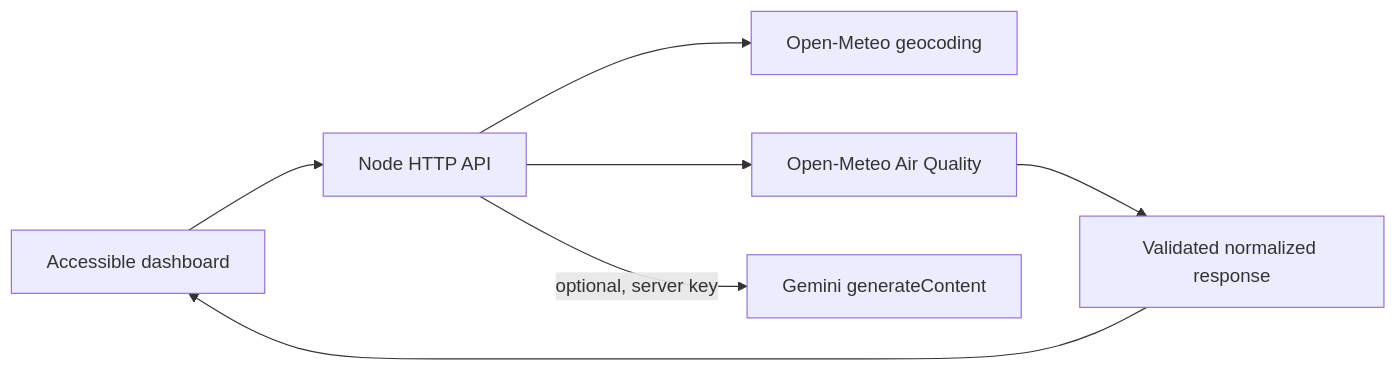
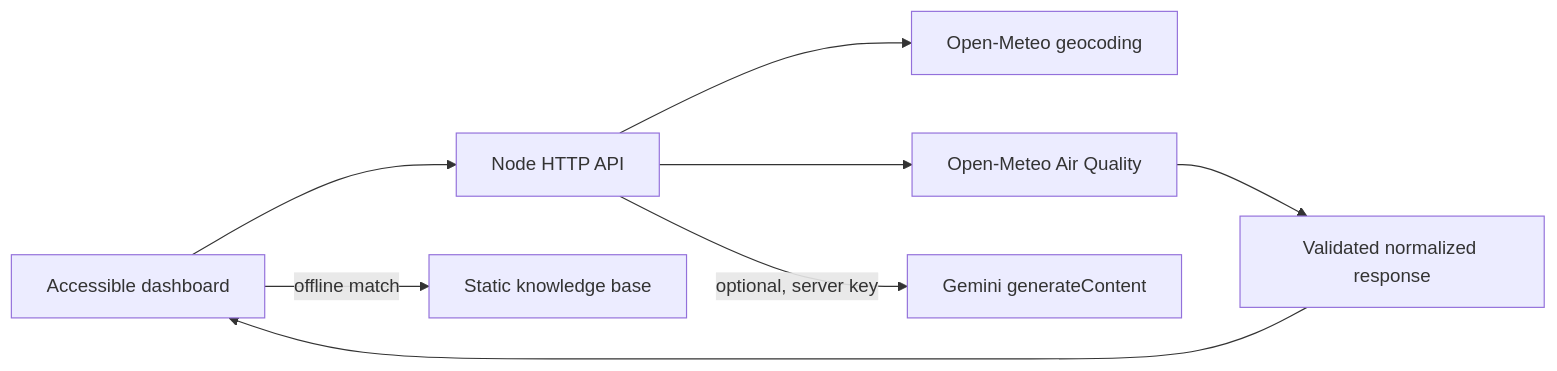
Before and after one commit to Sandesh2311/airwise-ai: the diagram in README.md, drawn with Mermaid. The commit also changed other lines of this file and 7 other files, not shown here.

````diff
--- a/README.md
+++ b/README.md
@@ -22,9 +22,10 @@
 ```mermaid
 flowchart LR
   Browser[Accessible dashboard] --> App[Node HTTP API]
   App --> Geo[Open-Meteo geocoding]
   App --> AQ[Open-Meteo Air Quality]
+  Browser -->|offline match| KB[Static knowledge base]
   App -->|optional, server key| Gemini[Gemini generateContent]
   AQ --> Normalize[Validated normalized response]
   Normalize --> Browser
 ```
````
